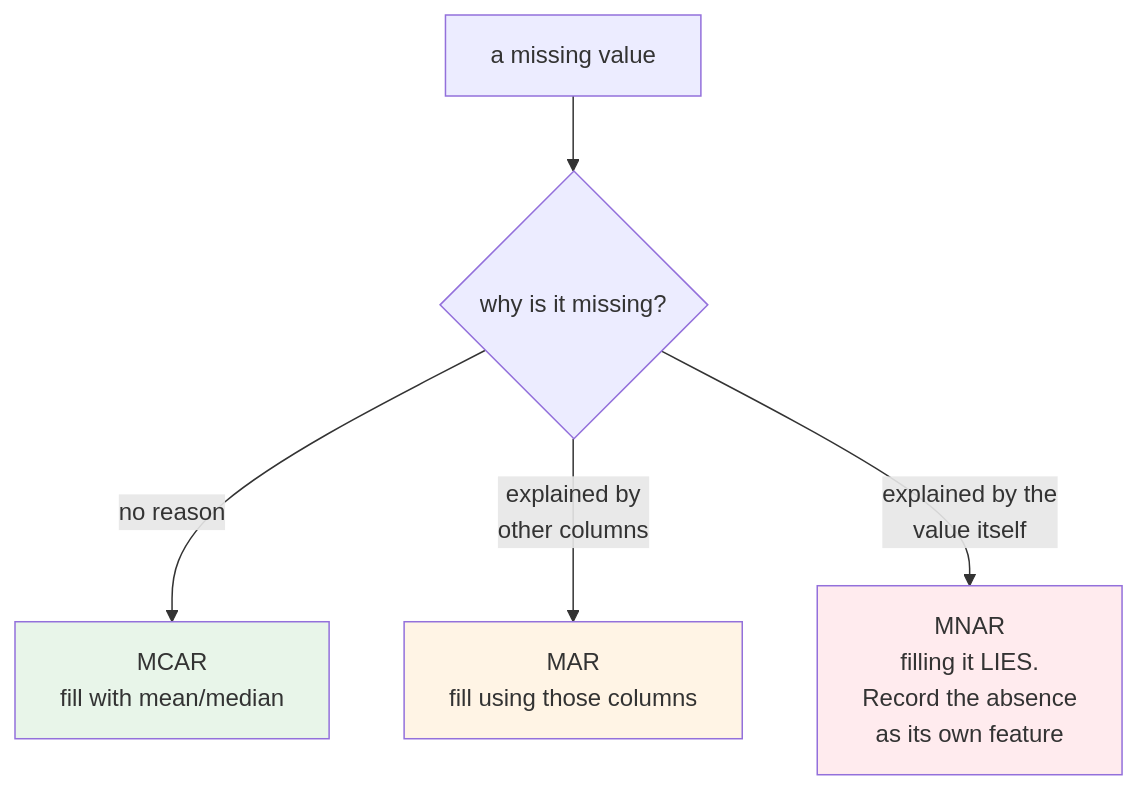
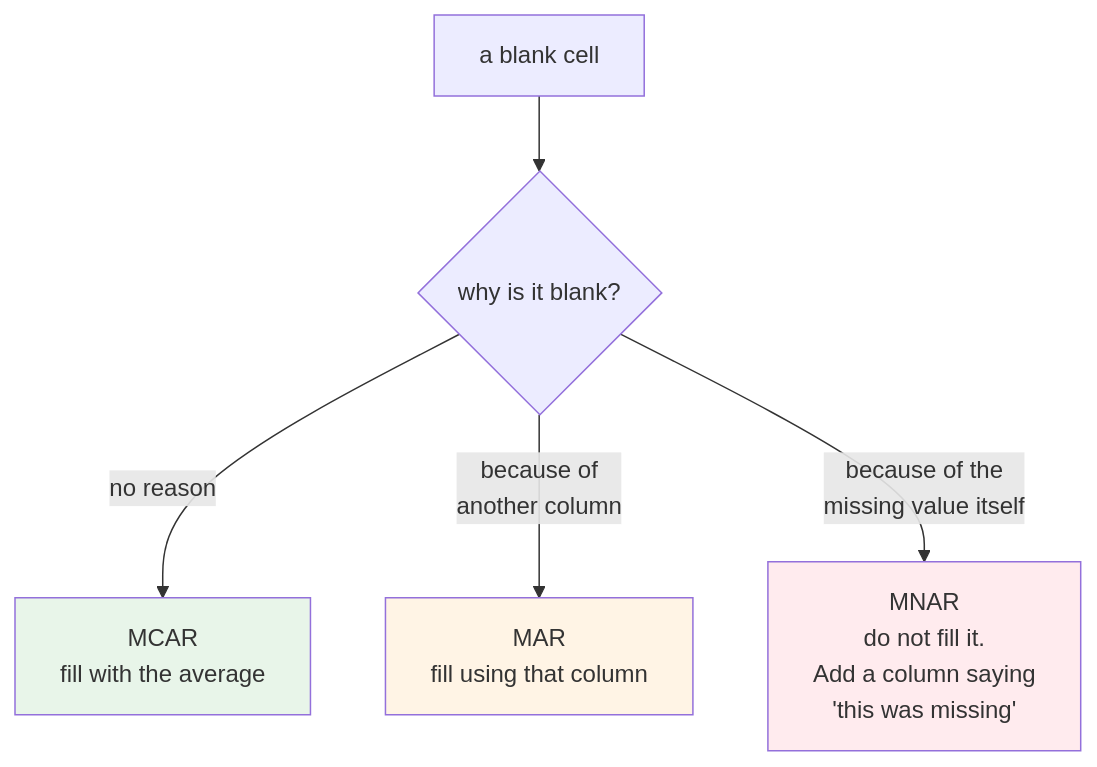
Before and after one commit to schoolofdevops/402-mlops-site: the second of 9 diagrams in site/docs/m3-data-to-model/lesson.mdx, drawn with Mermaid. The commit also changed other lines of this file, not shown here.

````diff
--- a/site/docs/m3-data-to-model/lesson.mdx
+++ b/site/docs/m3-data-to-model/lesson.mdx
@@ -59,11 +62,11 @@
 ```mermaid
 flowchart TB
-    M["a missing value"] --> Q{"why is it missing?"}
-    Q -->|"no reason"| A["MCAR<br/>fill with mean/median"]
-    Q -->|"explained by<br/>other columns"| B["MAR<br/>fill using those columns"]
-    Q -->|"explained by the<br/>value itself"| C["MNAR<br/>filling it LIES.<br/>Record the absence<br/>as its own feature"]
+    M["a blank cell"] --> Q{"why is it blank?"}
+    Q -->|"no reason"| A["MCAR<br/>fill with the average"]
+    Q -->|"because of<br/>another column"| B["MAR<br/>fill using that column"]
+    Q -->|"because of the<br/>missing value itself"| C["MNAR<br/>do not fill it.<br/>Add a column saying<br/>'this was missing'"]
 
     style A fill:#e8f5e9
     style B fill:#fff4e5
     style C fill:#ffebee
 ```
````
